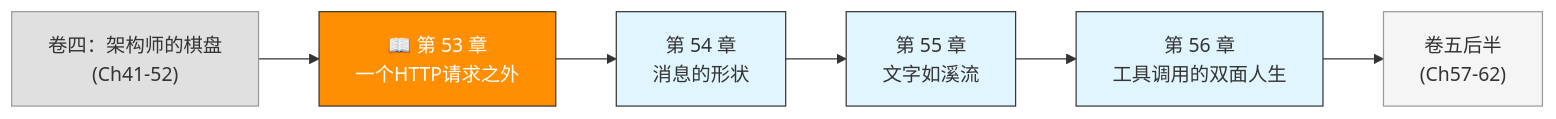
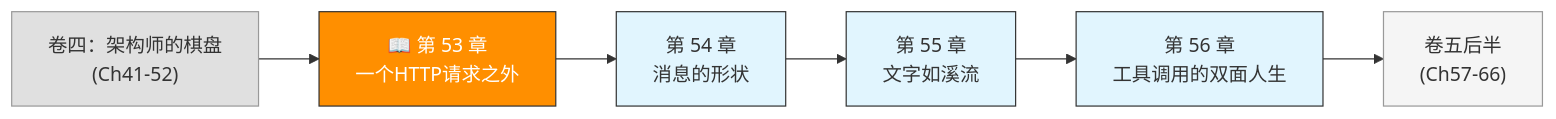
One commit to nadav-cheung/claudeai changed the first of 2 diagrams in teaching/book/卷五-Agent的造物法则/第53章-一个HTTP请求之外.md. Above: the diagram before and after it, drawn with Mermaid. The commit also changed 1 other file, not shown here.

Commit message:
fix(book): 同步卷五至14章 — Mermaid引用范围修正 + README对齐
- ch53 Mermaid: "Ch57-62" → "Ch57-66"
- ch62 Mermaid: 恢复ch63引用(ch63已存在)
- ch65 Mermaid: 恢复ch66引用(ch66已存在)
- ch52: 添加卷五导航链接
- README: 五卷→六卷，补卷五14章完整目录

````diff
--- a/teaching/book/卷五-Agent的造物法则/第53章-一个HTTP请求之外.md
+++ b/teaching/book/卷五-Agent的造物法则/第53章-一个HTTP请求之外.md
@@ -13,15 +13,15 @@
 ```mermaid
 graph LR
     V4["卷四：架构师的棋盘<br/>(Ch41-52)"] --> CH53["📖 第 53 章<br/>一个HTTP请求之外"]
     CH53 --> CH54["第 54 章<br/>消息的形状"]
     CH54 --> CH55["第 55 章<br/>文字如溪流"]
     CH55 --> CH56["第 56 章<br/>工具调用的双面人生"]
-    CH56 --> V5B["卷五后半<br/>(Ch57-62)"]
+    CH56 --> V5B["卷五后半<br/>(Ch57-66)"]
 
     style V4 fill:#e0e0e0,stroke:#999
     style CH53 fill:#FF8F00,color:#fff,stroke:#333
     style CH54 fill:#e1f5fe,stroke:#333
     style CH55 fill:#e1f5fe,stroke:#333
     style CH56 fill:#e1f5fe,stroke:#333
     style V5B fill:#f5f5f5,stroke:#999
 ```
````
